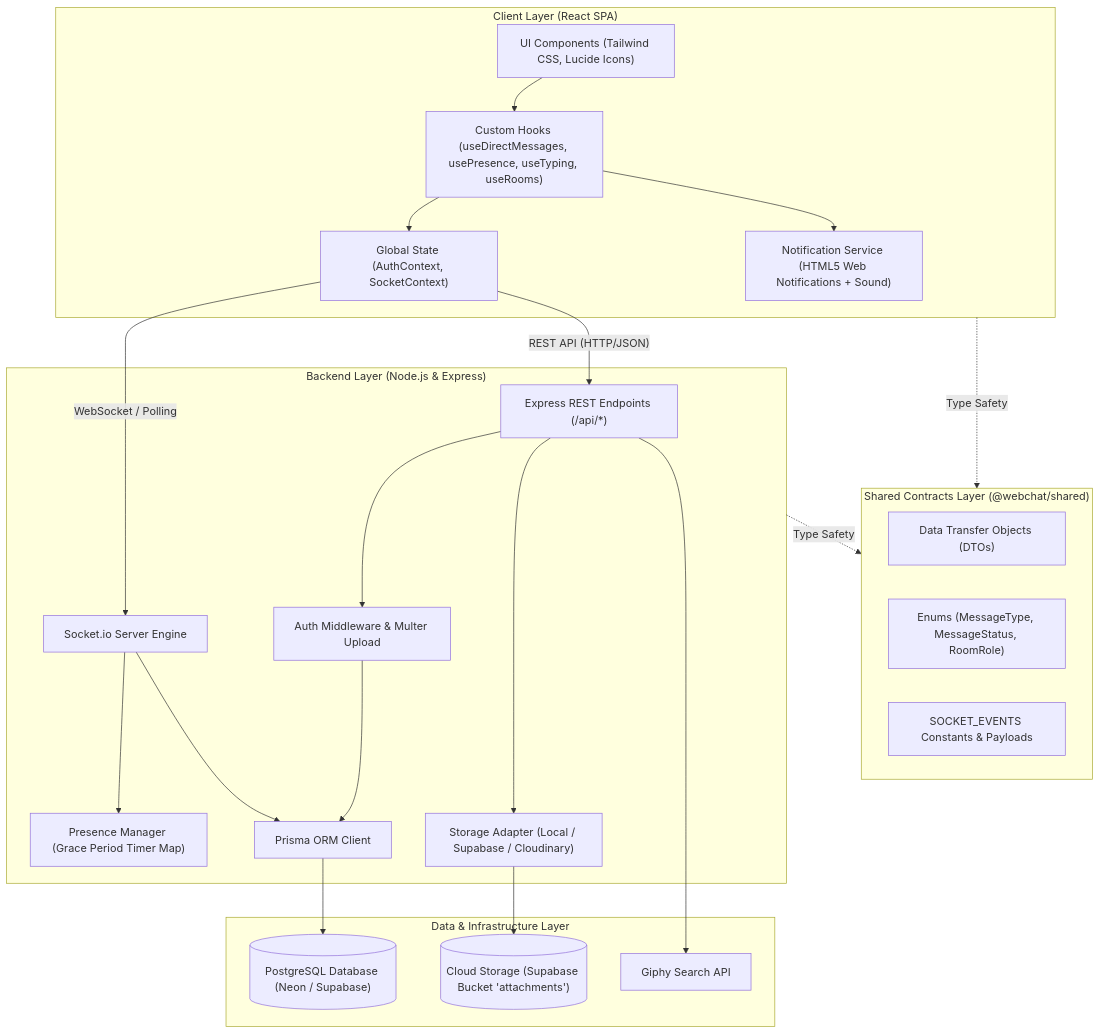
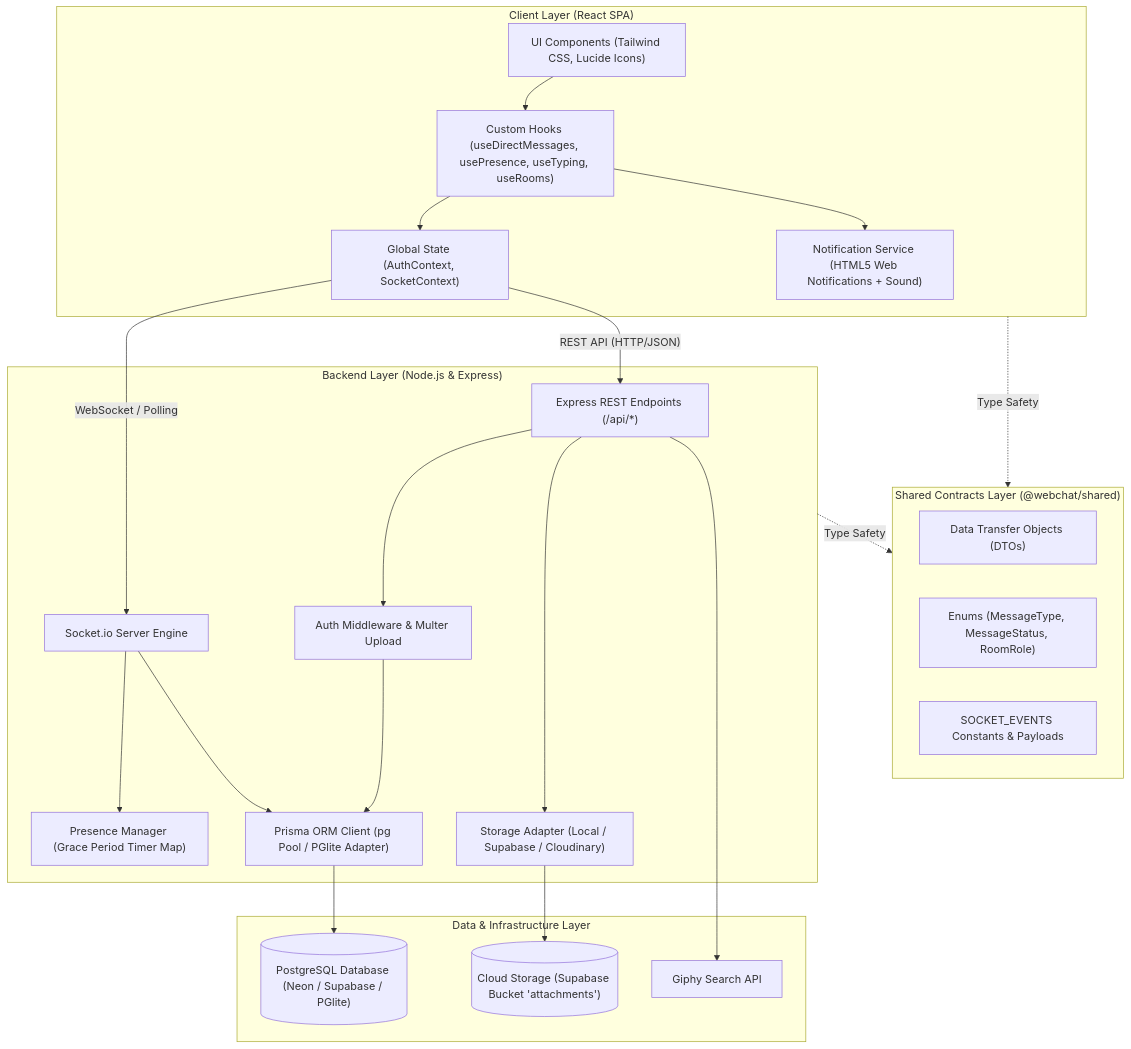
The first of 6 diagrams in docs/adr/SYSTEM_ARCHITECTURE.md (duyna1902-source/webchat-realtime), drawn with Mermaid before and after one commit. The commit also changed other lines of this file and 1 other file, not shown here.

Commit message:
docs: sync SYSTEM_ARCHITECTURE.md and README.md with current project implementation

````diff
--- a/docs/adr/SYSTEM_ARCHITECTURE.md
+++ b/docs/adr/SYSTEM_ARCHITECTURE.md
@@ -82,48 +98,48 @@
 ```mermaid
 flowchart TB
     subgraph ClientApp ["Client Layer (React SPA)"]
         UI["UI Components (Tailwind CSS, Lucide Icons)"]
         Hooks["Custom Hooks (useDirectMessages, usePresence, useTyping, useRooms)"]
         Contexts["Global State (AuthContext, SocketContext)"]
         NotificationMgr["Notification Service (HTML5 Web Notifications + Sound)"]
         
         UI --> Hooks
         Hooks --> Contexts
         Hooks --> NotificationMgr
     end
 
     subgraph SharedPackage ["Shared Contracts Layer (@webchat/shared)"]
         DTO["Data Transfer Objects (DTOs)"]
         Enum["Enums (MessageType, MessageStatus, RoomRole)"]
         Events["SOCKET_EVENTS Constants & Payloads"]
     end
 
     subgraph ServerApp ["Backend Layer (Node.js & Express)"]
         HTTPRouter["Express REST Endpoints (/api/*)"]
         SocketServer["Socket.io Server Engine"]
         Middlewares["Auth Middleware & Multer Upload"]
         PresenceHandler["Presence Manager (Grace Period Timer Map)"]
         StorageEngine["Storage Adapter (Local / Supabase / Cloudinary)"]
-        PrismaService["Prisma ORM Client"]
+        PrismaService["Prisma ORM Client (pg Pool / PGlite Adapter)"]
 
         HTTPRouter --> Middlewares
         Middlewares --> PrismaService
         SocketServer --> PresenceHandler
         SocketServer --> PrismaService
         HTTPRouter --> StorageEngine
     end
 
     subgraph ExternalServices ["Data & Infrastructure Layer"]
-        Postgres[("PostgreSQL Database (Neon / Supabase)")]
+        Postgres[("PostgreSQL Database (Neon / Supabase / PGlite)")]
         CloudFiles[("Cloud Storage (Supabase Bucket 'attachments')")]
         Giphy["Giphy Search API"]
     end
 
     Contexts -- "REST API (HTTP/JSON)" --> HTTPRouter
     Contexts -- "WebSocket / Polling" --> SocketServer
     ClientApp -. "Type Safety" .-> SharedPackage
     ServerApp -. "Type Safety" .-> SharedPackage
     PrismaService --> Postgres
     StorageEngine --> CloudFiles
     HTTPRouter --> Giphy
 ```
````
